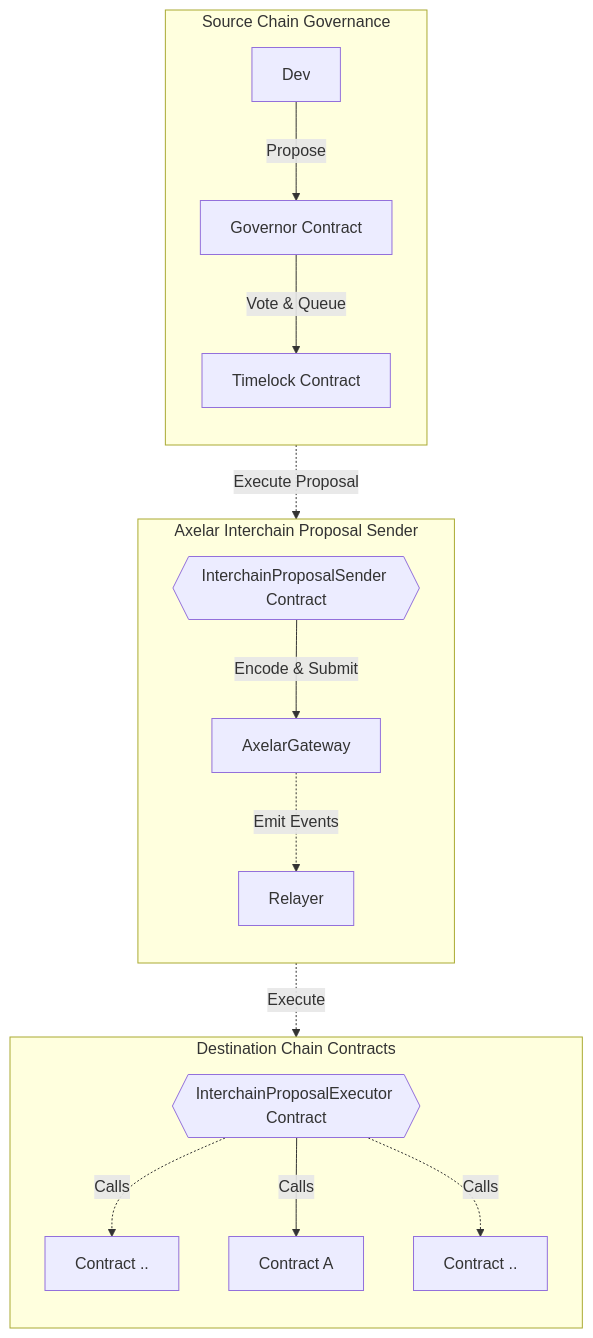
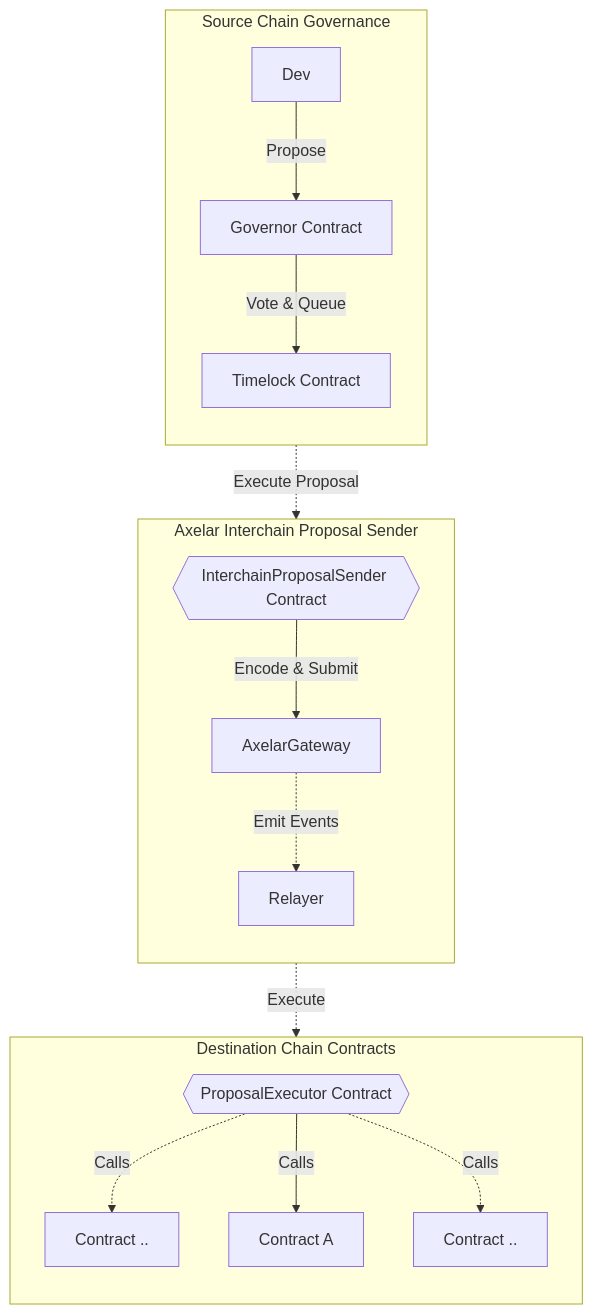
One commit to axelarnetwork/interchain-governance-orchestrator changed the diagram in README.md. Above: the diagram before and after it, drawn with Mermaid. The commit also changed other lines of this file and 13 other files, not shown here.

Commit message:
feat: refactoring InterchainProposalExecutor (#10)

````diff
--- a/README.md
+++ b/README.md
@@ -15,27 +15,27 @@
 ```mermaid
 flowchart
     subgraph "Destination Chain Contracts"
         direction TB
-        PE{{InterchainProposalExecutor Contract}}
+        PE{{ProposalExecutor Contract}}
         PE -.->|Calls| TargetA
         PE -->|Calls| TargetB
         PE -.->|Calls| Target
         TargetA[Contract ..]
         TargetB[Contract A]
         Target[Contract ..]
     end
 
     subgraph "Axelar Interchain Proposal Sender"
         direction TB
         IPS -->|Encode & Submit| AxelarGateway
         AxelarGateway -.->|Emit Events| Relayer
         Relayer -.->|Execute| PE
     end
 
     subgraph "Source Chain Governance"
         direction TB
         Dev -->|Propose| Gov[Governor Contract]
         Gov -->|Vote & Queue| Timelock[Timelock Contract]
         Timelock -.->|Execute Proposal| IPS{{InterchainProposalSender Contract}}
     end
 ```
````
